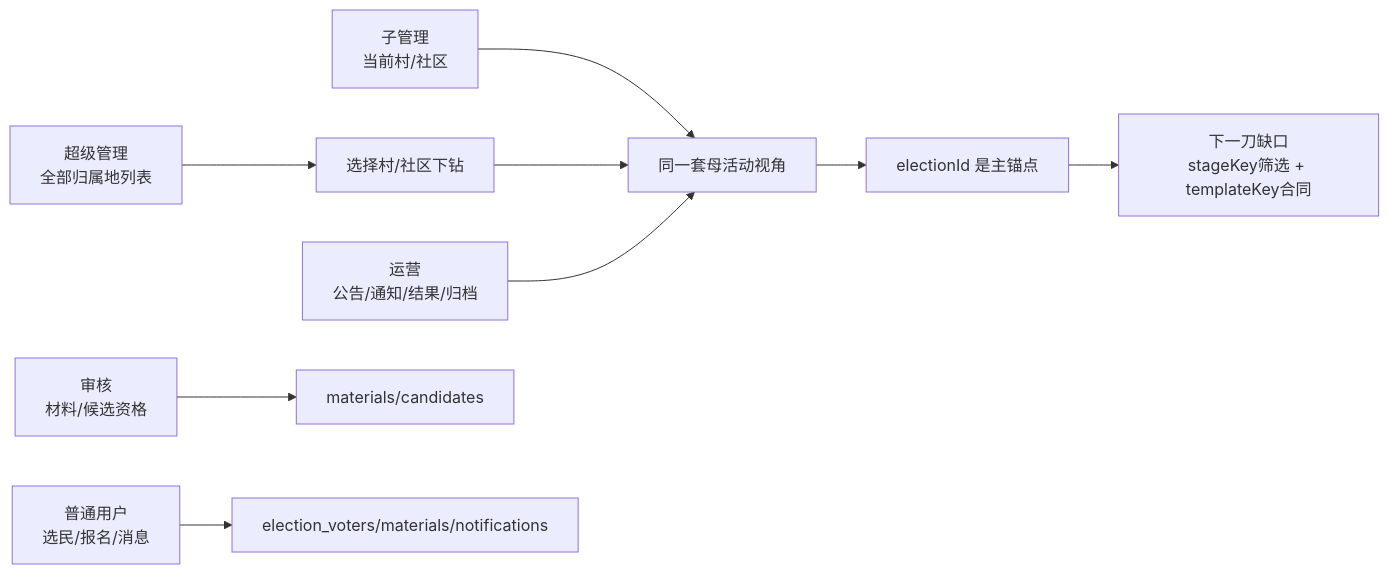
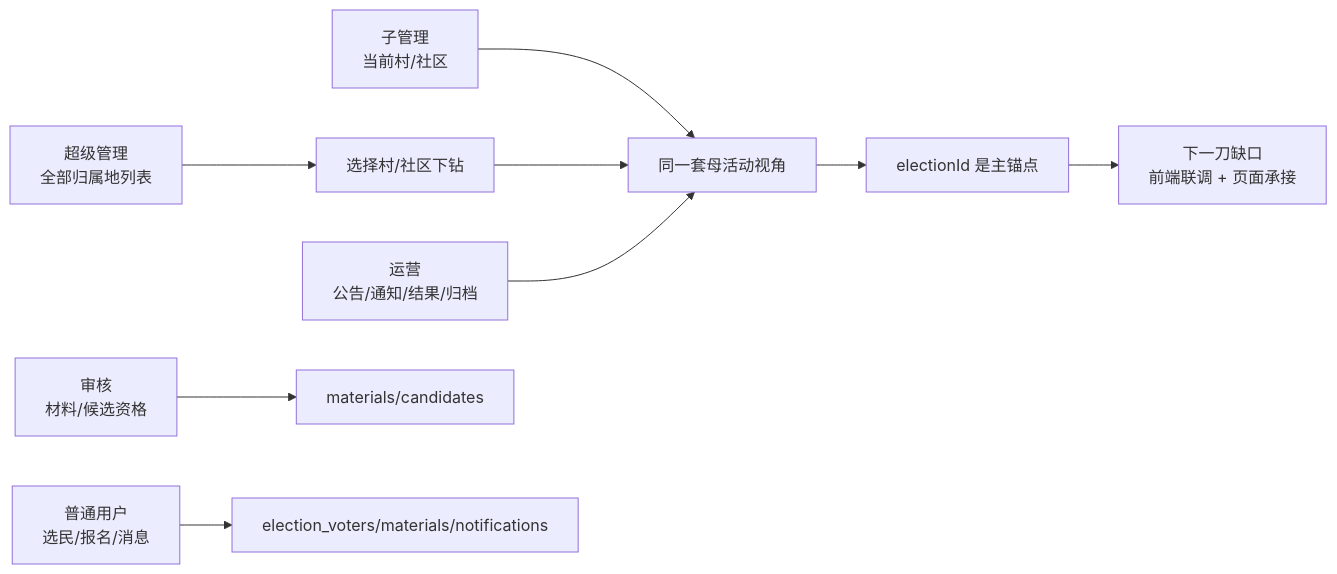
The fifth of 7 diagrams in 副船长的航海接力日志/当前接力图.md (4xiaxia/election-v2), drawn with Mermaid before and after one commit. The commit also changed other lines of this file and 12 other files, not shown here.

````diff
--- a/副船长的航海接力日志/当前接力图.md
+++ b/副船长的航海接力日志/当前接力图.md
@@ -69,11 +71,11 @@
 ```mermaid
 flowchart LR
     Sub[子管理<br/>当前村/社区] --> Same[同一套母活动视角]
     Super[超级管理<br/>全部归属地列表] --> Down[选择村/社区下钻]
     Down --> Same
     Operator[运营<br/>公告/通知/结果/归档] --> Same
     Reviewer[审核<br/>材料/候选资格] --> Mat[materials/candidates]
     User[普通用户<br/>选民/报名/消息] --> EV[election_voters/materials/notifications]
     Same --> EID[electionId 是主锚点]
-    EID --> Gap[下一刀缺口<br/>stageKey筛选 + templateKey合同]
+    EID --> Gap[下一刀缺口<br/>前端联调 + 页面承接]
 ```
````
